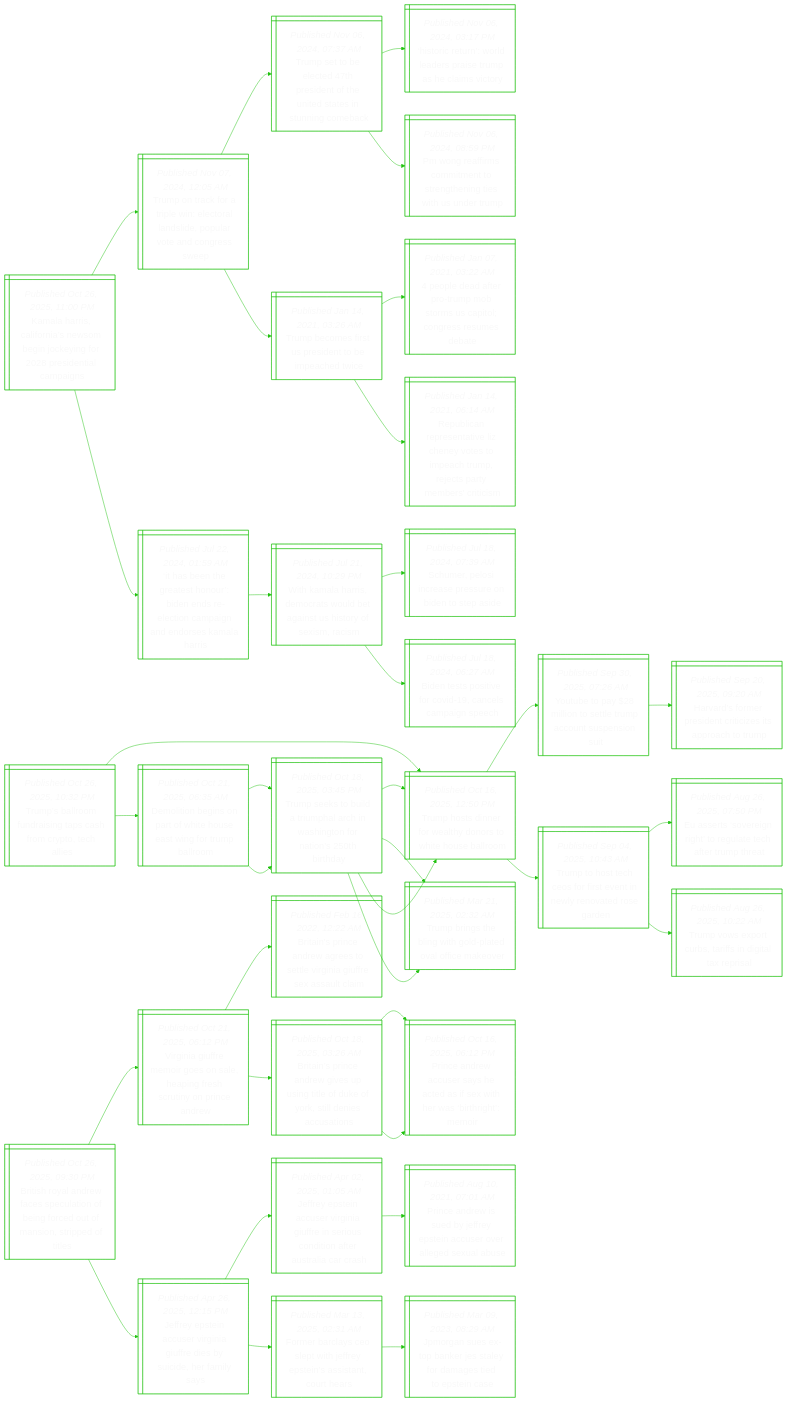
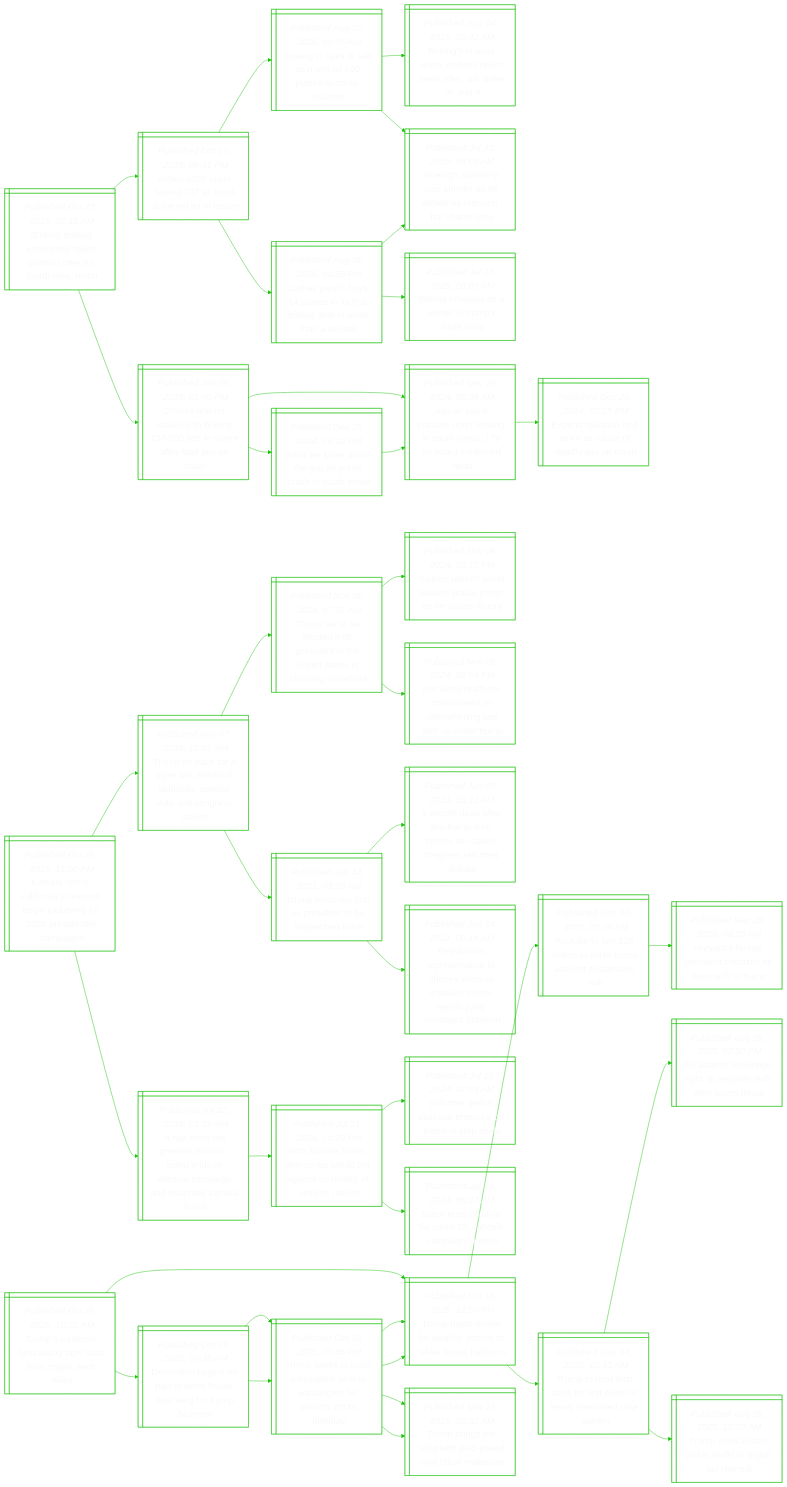
Before and after one commit to notJmes/notJmes: the diagram in README.md, drawn with Mermaid. The commit also changed other lines of this file, not shown here.

````diff
--- a/README.md
+++ b/README.md
@@ -15,6 +15,46 @@
 %%{init: {'theme':'base', 'themeVariables': {'primaryColor': "transparent", 'primaryTextColor': "#F9F9F9", 'lineColor': "#20C20E", 'primaryBorderColor':'#20C20E'}}}%%
 flowchart LR
 classDef txtsize font-size:20px;
+
+SiemejocefhU@{ shape: win-pane, label: "_Published Oct 27, 2025, 02:11 AM_
+Striking boeing employees reject contract offer for fourth time: union" }
+Astimerts@{ shape: win-pane, label: "_Published Oct 07, 2025, 06:41 PM_
+Airbus a320 ousts boeing 737 as most-delivered jet in history" }
+BglssanCSe@{ shape: win-pane, label: "_Published Aug 22, 2025, 08:45 AM_
+Boeing in talks to sell as many as 500 planes to china: sources" }
+BgonoscefliA@{ shape: win-pane, label: "_Published Aug 04, 2025, 03:42 AM_
+Boeing’s st louis union workers reject latest offer, will strike on aug 4" }
+Bgryskeieouro@{ shape: win-pane, label: "_Published Jul 30, 2025, 08:09 AM_
+Boeing’s quarterly loss shrinks as jet deliveries rebound, but shares drop" }
+Cyfynireemhe@{ shape: win-pane, label: "_Published Aug 06, 2025, 01:55 PM_
+Cathay pacific buys 14 planes in its first boeing deal in more than a decade" }
+Bgryskeieouro@{ shape: win-pane, label: "_Published Jul 30, 2025, 08:09 AM_
+Boeing’s quarterly loss shrinks as jet deliveries rebound, but shares drop" }
+Bggaertw@{ shape: win-pane, label: "_Published Jul 28, 2025, 08:05 AM_
+Boeing emerges as a winner in trump’s trade wars" }
+Csnutitpfaerh@{ shape: win-pane, label: "_Published Jan 08, 2025, 01:40 PM_
+Checks find no issues with boeing 737-800 jets in s’pore after fatal jeju air crash" }
+Jinspniteooma@{ shape: win-pane, label: "_Published Dec 29, 2024, 08:58 AM_
+Jeju air plane crashes upon landing in south korea, 179 on board confirmed dead" }
+EtsbtaseJis@{ shape: win-pane, label: "_Published Dec 29, 2024, 07:15 PM_
+Experts question bird strike as cause of deadly jeju air crash" }
+Weatjpcite@{ shape: win-pane, label: "_Published Dec 29, 2024, 05:10 PM_
+What we know about the jeju air plane crash in south korea" }
+Jinspniteooma@{ shape: win-pane, label: "_Published Dec 29, 2024, 08:58 AM_
+Jeju air plane crashes upon landing in south korea, 179 on board confirmed dead" }
+
+SiemejocefhU:::txtsize --> Astimerts:::txtsize
+Astimerts:::txtsize --> BglssanCSe:::txtsize
+BglssanCSe:::txtsize --> BgonoscefliA:::txtsize
+BglssanCSe:::txtsize --> Bgryskeieouro:::txtsize
+Astimerts:::txtsize --> Cyfynireemhe:::txtsize
+Cyfynireemhe:::txtsize --> Bgryskeieouro:::txtsize
+Cyfynireemhe:::txtsize --> Bggaertw:::txtsize
+SiemejocefhU:::txtsize --> Csnutitpfaerh:::txtsize
+Csnutitpfaerh:::txtsize --> Jinspniteooma:::txtsize
+Jinspniteooma:::txtsize --> EtsbtaseJis:::txtsize
+Csnutitpfaerh:::txtsize --> Weatjpcite:::txtsize
+Weatjpcite:::txtsize --> Jinspniteooma:::txtsize
 
 Kaiiiweoiriimn@{ shape: win-pane, label: "_Published Oct 26, 2025, 11:00 PM_
 Kamala harris, california’s newsom begin jockeying for 2028 presidential campaigns" }
@@ -96,38 +136,4 @@
 Tstliahstrobd:::txtsize --> Thdreyrhoao:::txtsize
 Tstliahstrobd:::txtsize --> Tbsliltaikr:::txtsize
 
-Bsarcetfgeostei@{ shape: win-pane, label: "_Published Oct 26, 2025, 09:30 PM_
-British royal andrew faces speculation of being forced out of mansion, stripped of titles" }
-Vnumroeieryin@{ shape: win-pane, label: "_Published Oct 21, 2025, 06:12 PM_
-Virginia giuffre memoir goes on sale, heaping fresh scrutiny on prince andrew" }
-Biinastiifeal@{ shape: win-pane, label: "_Published Feb 16, 2022, 12:22 AM_
-Britain's prince andrew agrees to settle virginia giuffre sex assault claim" }
-BiingunluYteaas@{ shape: win-pane, label: "_Published Oct 18, 2025, 03:26 AM_
-Britain’s prince andrew gives up using title of duke of york, still denies accusations" }
-Peeuaaaehatho@{ shape: win-pane, label: "_Published Oct 16, 2025, 06:12 PM_
-Prince andrew accuser says he acted as if sex with her was ‘birthright’: memoir" }
-Peeuaaaehatho@{ shape: win-pane, label: "_Published Oct 16, 2025, 06:12 PM_
-Prince andrew accuser says he acted as if sex with her was ‘birthright’: memoir" }
-Jetcriiebceiy@{ shape: win-pane, label: "_Published Apr 26, 2025, 12:15 PM_
-Jeffrey epstein accuser virginia giuffre dies by suicide, her family says" }
-Jetcriierctfulrh@{ shape: win-pane, label: "_Published Apr 02, 2025, 01:05 AM_
-Jeffrey epstein accuser virginia giuffre in serious condition after australia car crash" }
-PeeuJetcraeuu@{ shape: win-pane, label: "_Published Aug 10, 2021, 07:01 AM_
-Prince andrew is sued by jeffrey epstein accuser over alleged sexual abuse" }
-FrlEphrsssch@{ shape: win-pane, label: "_Published Mar 13, 2025, 02:31 AM_
-Former barclays ceo slept with jeffrey epstein’s assistant, court hears" }
-Jgeoksededsc@{ shape: win-pane, label: "_Published Mar 09, 2023, 08:29 AM_
-Jpmorgan sues ex-top banker jes staley for damages tied to epstein case" }
-
-Bsarcetfgeostei:::txtsize --> Vnumroeieryin:::txtsize
-Vnumroeieryin:::txtsize --> Biinastiifeal:::txtsize
-Vnumroeieryin:::txtsize --> BiingunluYteaas:::txtsize
-BiingunluYteaas:::txtsize --> Peeuaaaehatho:::txtsize
-BiingunluYteaas:::txtsize --> Peeuaaaehatho:::txtsize
-Bsarcetfgeostei:::txtsize --> Jetcriiebceiy:::txtsize
-Jetcriiebceiy:::txtsize --> Jetcriierctfulrh:::txtsize
-Jetcriierctfulrh:::txtsize --> PeeuJetcraeuu:::txtsize
-Jetcriiebceiy:::txtsize --> FrlEphrsssch:::txtsize
-FrlEphrsssch:::txtsize --> Jgeoksededsc:::txtsize
-
 ```
````
